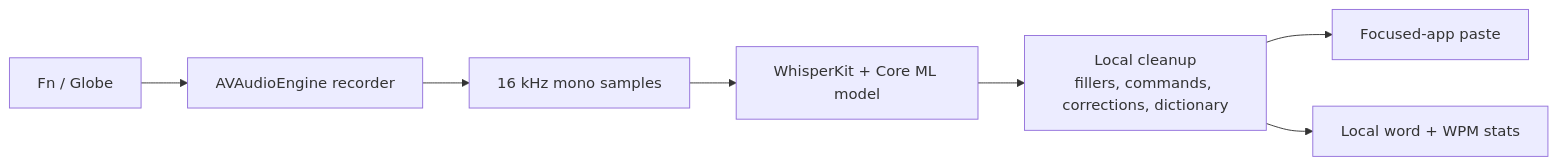
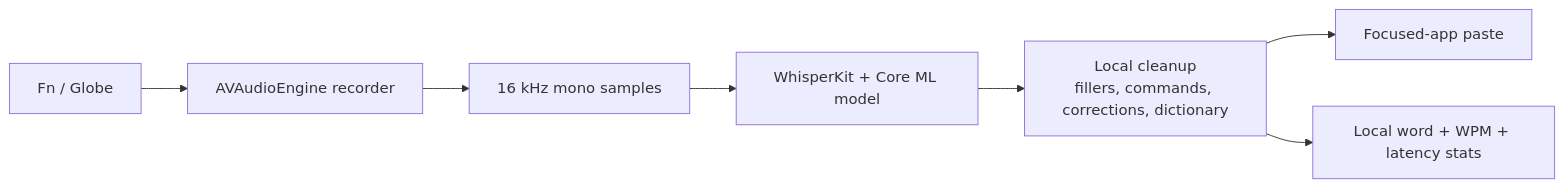
One commit to EzraApple/shoutout changed the diagram in README.md. Above: the diagram before and after it, drawn with Mermaid. The commit also changed other lines of this file and 21 other files, not shown here.

````diff
--- a/README.md
+++ b/README.md
@@ -15,9 +15,9 @@
 ```mermaid
 flowchart LR
     Fn["Fn / Globe"] --> Recorder["AVAudioEngine recorder"]
     Recorder --> Samples["16 kHz mono samples"]
     Samples --> Whisper["WhisperKit + Core ML model"]
     Whisper --> Cleanup["Local cleanup\nfillers, commands, corrections, dictionary"]
     Cleanup --> Paste["Focused-app paste"]
-    Cleanup --> Stats["Local word + WPM stats"]
+    Cleanup --> Stats["Local word + WPM + latency stats"]
 ```
````
